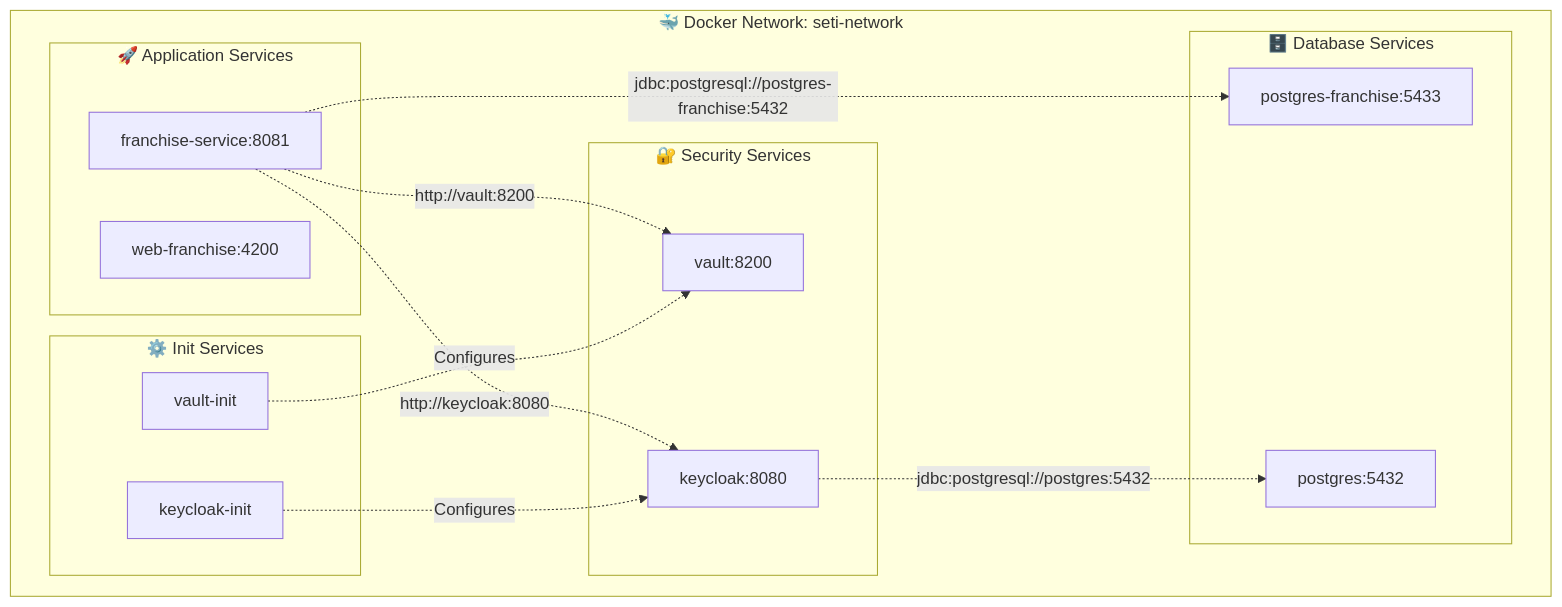
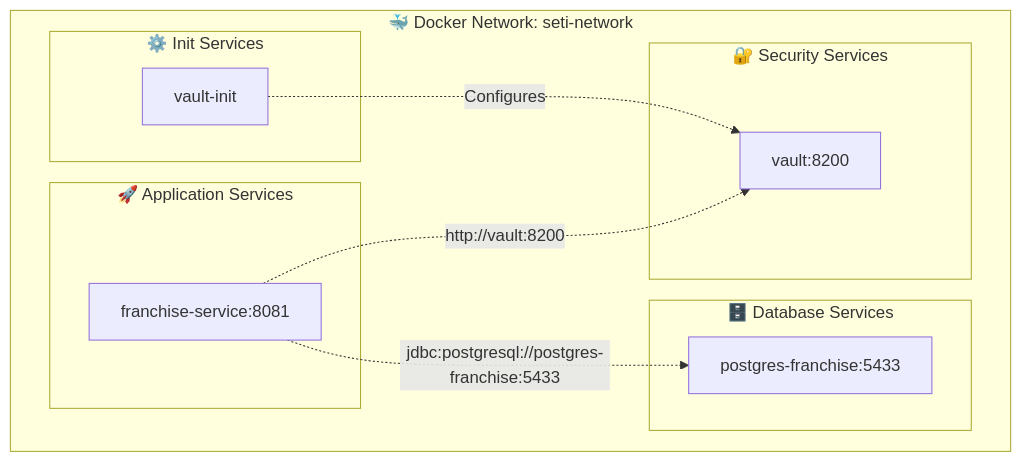
One commit to emosquerafs/seti changed the sixth of 17 diagrams in README.md. Above: the diagram before and after it, drawn with Mermaid. The commit also changed other lines of this file, not shown here.

Commit message:
feat: remove Keycloak references and related configurations from README.md

````diff
--- a/README.md
+++ b/README.md
@@ -332,32 +299,25 @@
 ```mermaid
 graph TB
     subgraph "🐳 Docker Network: seti-network"
         subgraph "🚀 Application Services"
             FS[franchise-service:8081]
-            FE[web-franchise:4200]
         end
         
-        subgraph "🔐 Security Services"
-            KC[keycloak:8080]
+        subgraph "🔐 Security Services"            
             VT[vault:8200]
         end
         
-        subgraph "🗄️ Database Services"
-            PG1[postgres:5432]
+        subgraph "🗄️ Database Services"            
             PG2[postgres-franchise:5433]
         end
         
         subgraph "⚙️ Init Services"
-            VI[vault-init]
-            KI[keycloak-init]
+            VI[vault-init]            
         end
     end
     
-    FS -.->|"http://vault:8200"| VT
-    FS -.->|"http://keycloak:8080"| KC
-    FS -.->|"jdbc:postgresql://postgres-franchise:5432"| PG2
-    KC -.->|"jdbc:postgresql://postgres:5432"| PG1
+    FS -.->|"http://vault:8200"| VT    
+    FS -.->|"jdbc:postgresql://postgres-franchise:5433"| PG2
     
-    VI -.->|Configures| VT
-    KI -.->|Configures| KC
+    VI -.->|Configures| VT    
 ```
````
